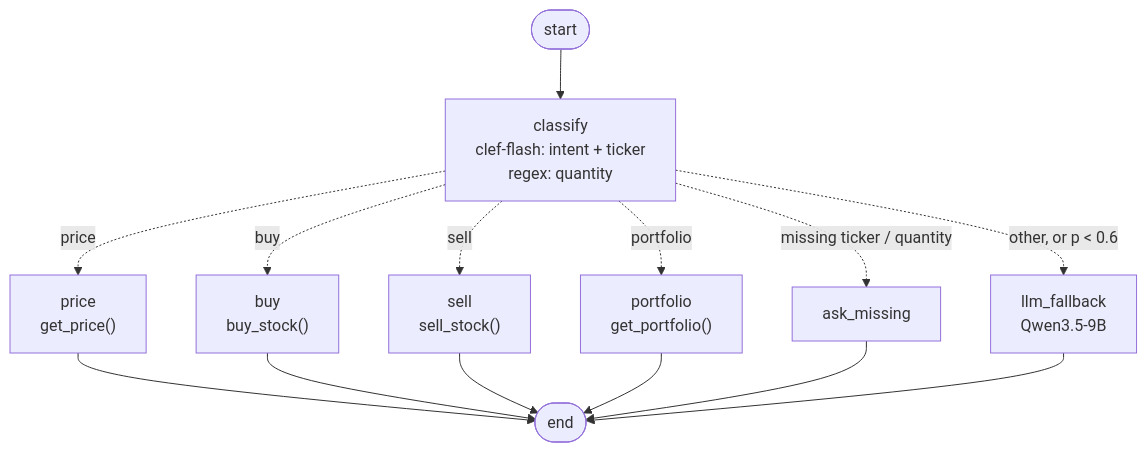
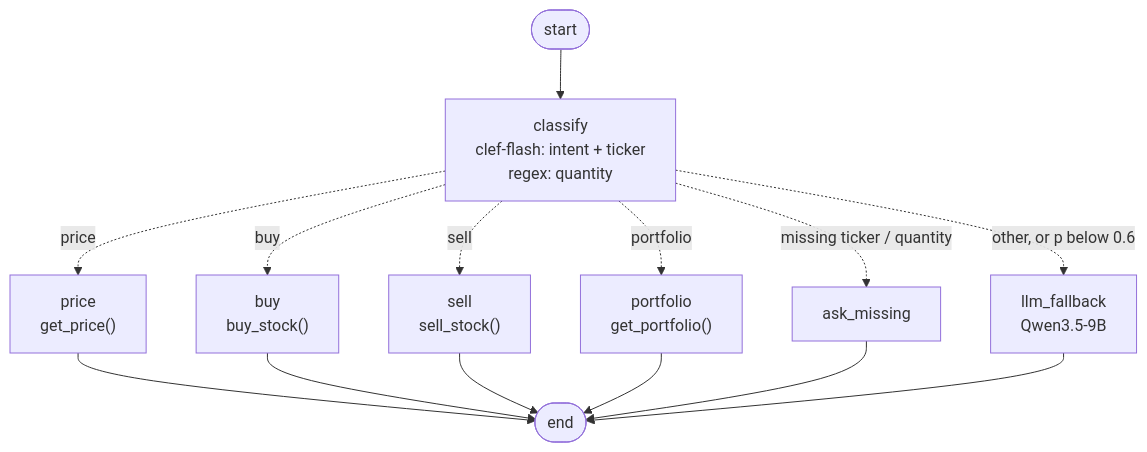
The second of 3 diagrams in README.md (Orcunysr/clef-langchain-bench), drawn with Mermaid before and after one commit.

Commit message:
README: avoid HTML entity in mermaid label

````diff
--- a/README.md
+++ b/README.md
@@ -45,16 +45,16 @@
 ```mermaid
 graph TD
     start([start]) --> classify["classify<br/>clef-flash: intent + ticker<br/>regex: quantity"]
     classify -.->|price| price["price<br/>get_price()"]
     classify -.->|buy| buy["buy<br/>buy_stock()"]
     classify -.->|sell| sell["sell<br/>sell_stock()"]
     classify -.->|portfolio| portfolio["portfolio<br/>get_portfolio()"]
     classify -.->|missing ticker / quantity| ask["ask_missing"]
-    classify -.->|other, or p &lt; 0.6| llm["llm_fallback<br/>Qwen3.5-9B"]
+    classify -.->|other, or p below 0.6| llm["llm_fallback<br/>Qwen3.5-9B"]
     price --> finish([end])
     buy --> finish
     sell --> finish
     portfolio --> finish
     ask --> finish
     llm --> finish
 ```
````
